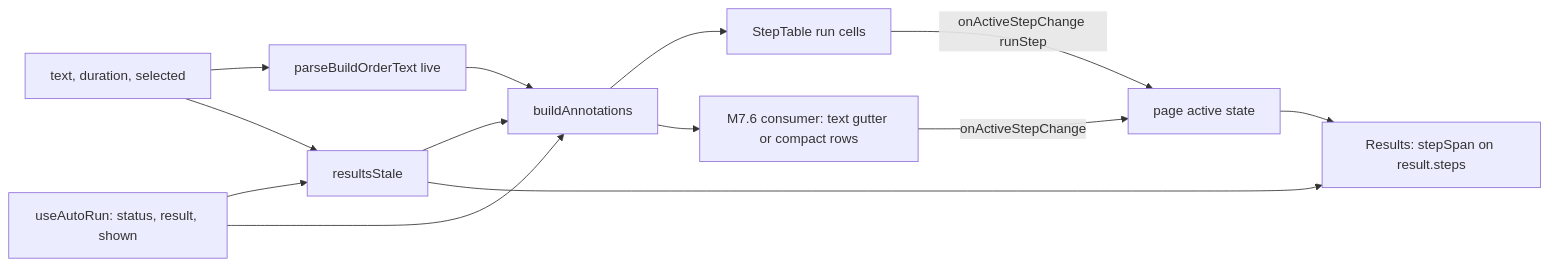
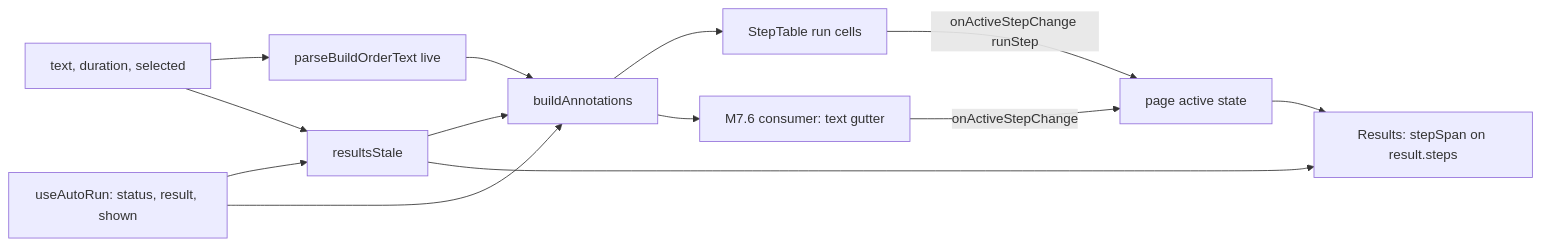
The diagram in projects/strategy-game-sim/design/M7.md (NicholasKChoi/WOTR_Combat_Simulator), drawn with Mermaid before and after one commit. The commit also changed other lines of this file and 6 other files, not shown here.

First line of the commit message:
M7: route board answers (Text-tab compact view, design approved, four backlog items in) and add M7.8

````diff
--- a/projects/strategy-game-sim/design/M7.md
+++ b/projects/strategy-game-sim/design/M7.md
@@ -200,15 +196,15 @@
 ```mermaid
 flowchart LR
   live[text, duration, selected] --> parse[parseBuildOrderText live]
   autoRun[useAutoRun: status, result, shown] --> stale[resultsStale]
   live --> stale
   parse --> ann[buildAnnotations]
   autoRun --> ann
   stale --> ann
   ann --> table[StepTable run cells]
-  ann --> m76[M7.6 consumer: text gutter or compact rows]
+  ann --> m76[M7.6 consumer: text gutter]
   table -- onActiveStepChange runStep --> active[page active state]
   m76 -- onActiveStepChange --> active
   active --> results[Results: stepSpan on result.steps]
   stale --> results
 ```
````
